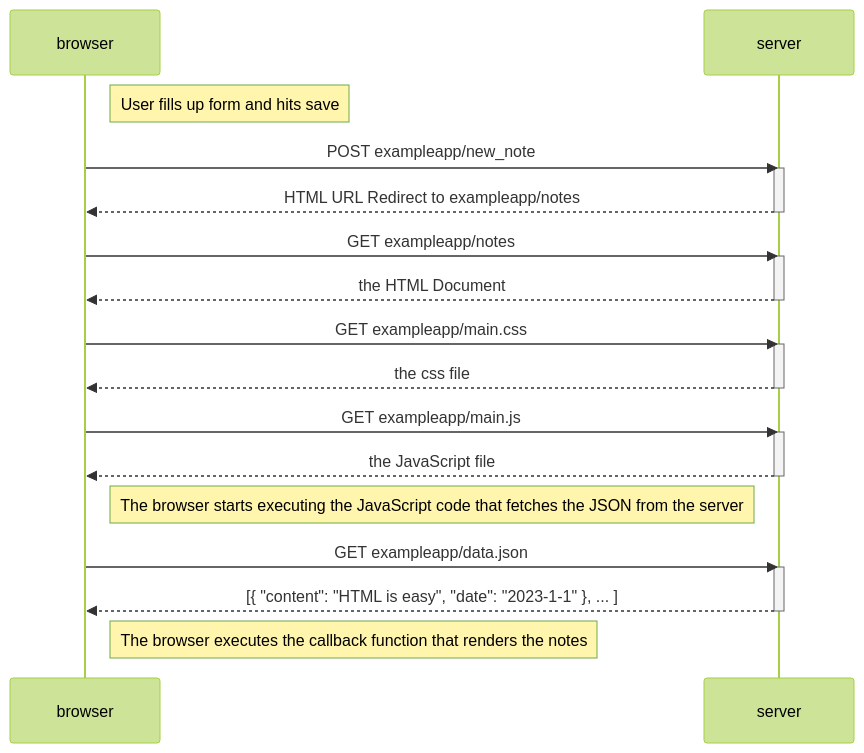
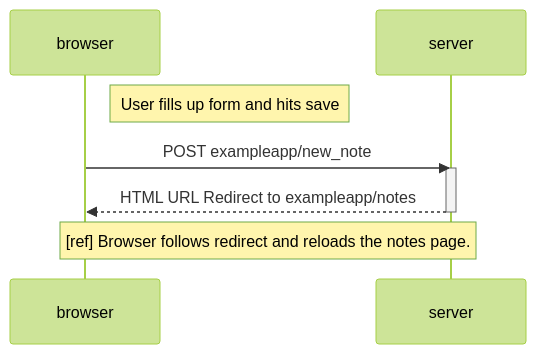
The diagram in part0/README.md (happyweijie/full-stack-open-2026), drawn with Mermaid (forest theme) before and after one commit.

Commit message:
Use ref instead of duplicating content

````diff
--- a/part0/README.md
+++ b/part0/README.md
@@ -2,35 +2,13 @@
 ```mermaid
 sequenceDiagram
     participant browser
     participant server
 
     Note right of browser: User fills up form and hits save
     browser->>server: POST exampleapp/new_note
     activate server
     server-->>browser: HTML URL Redirect to exampleapp/notes 
     deactivate server
 
-    browser->>server: GET exampleapp/notes
-    activate server
-    server-->>browser: the HTML Document
-    deactivate server
-
-    browser->>server: GET exampleapp/main.css
-    activate server
-    server-->>browser: the css file
-    deactivate server
-
-    browser->>server: GET exampleapp/main.js
-    activate server
-    server-->>browser: the JavaScript file
-    deactivate server
-
-    Note right of browser: The browser starts executing the JavaScript code that fetches the JSON from the server
-
-    browser->>server: GET exampleapp/data.json
-    activate server
-    server-->>browser: [{ "content": "HTML is easy", "date": "2023-1-1" }, ... ]
-    deactivate server
-
-    Note right of browser: The browser executes the callback function that renders the notes
+    Note over browser, server: [ref] Browser follows redirect and reloads the notes page.
 ```
````
